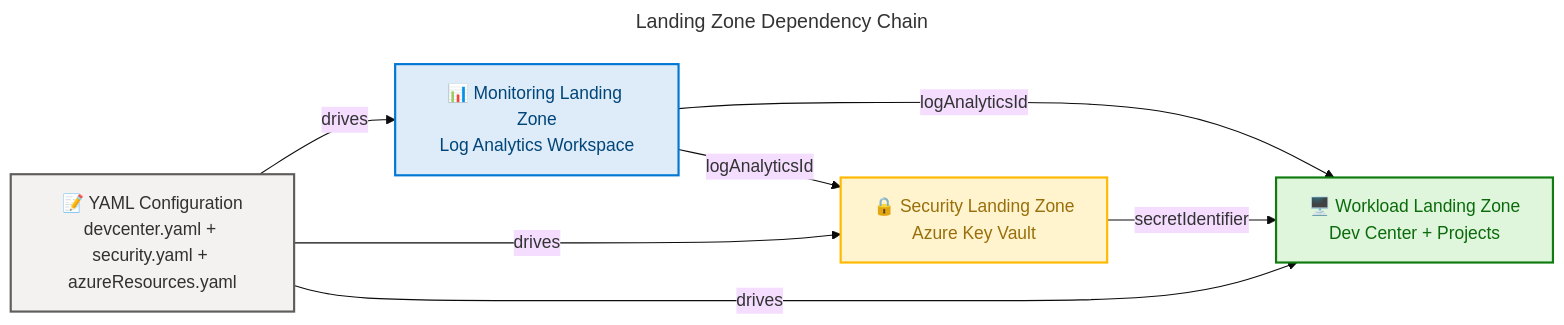
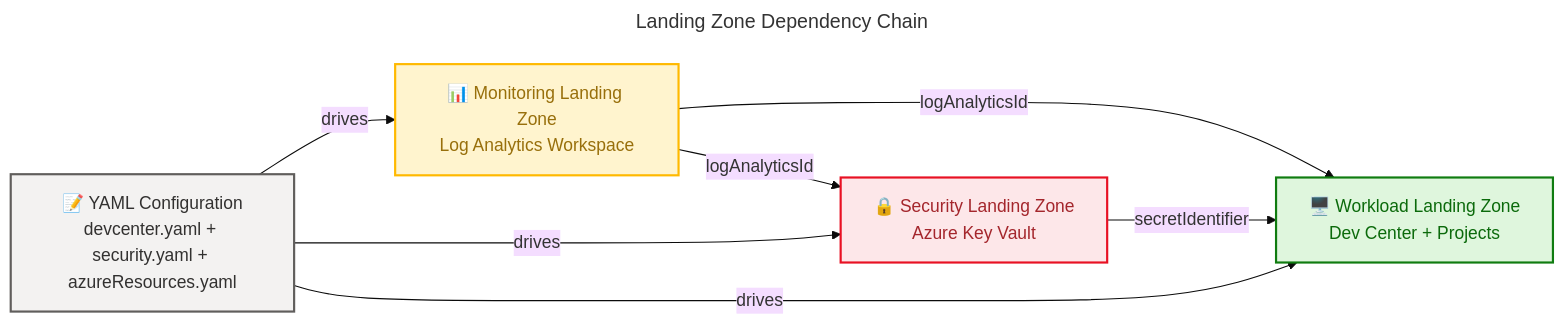
Before and after one commit to Evilazaro/DevExp-DevBox: the fourth of 4 diagrams in docs/architecture/business-architecture.md, drawn with Mermaid. The commit also changed other lines of this file and 1 other file, not shown here.

Commit message:
docs: improve formatting and clarity in README and business architecture documentation

````diff
--- a/docs/architecture/business-architecture.md
+++ b/docs/architecture/business-architecture.md
@@ -1069,43 +1067,44 @@
 ```mermaid
 ---
 title: Landing Zone Dependency Chain
 config:
   theme: base
   look: classic
   layout: dagre
   themeVariables:
     fontSize: '16px'
 ---
 flowchart LR
     accTitle: Landing Zone Deployment Dependency Chain
     accDescr: Shows the ordered deployment sequence from Monitoring through Security to Workload landing zone with data flow dependencies
 
     %% ═══════════════════════════════════════════════════════════════════════════
     %% AZURE / FLUENT ARCHITECTURE PATTERN v1.1
     %% (Semantic + Structural + Font + Accessibility Governance)
     %% ═══════════════════════════════════════════════════════════════════════════
     %% PHASE 1 - STRUCTURAL: Direction explicit, flat topology, nesting ≤ 3
     %% PHASE 2 - SEMANTIC: Colors justified, max 5 semantic classes, neutral-first
     %% PHASE 3 - FONT: Dark text on light backgrounds, contrast ≥ 4.5:1
     %% PHASE 4 - ACCESSIBILITY: accTitle/accDescr present, icons on all nodes
     %% PHASE 5 - STANDARD: Governance block present, classDefs centralized
     %% ═══════════════════════════════════════════════════════════════════════════
 
-    MON["📊 Monitoring Landing Zone<br/>Log Analytics Workspace"]:::core
-    SEC["🔒 Security Landing Zone<br/>Azure Key Vault"]:::warning
+    MON["📊 Monitoring Landing Zone<br/>Log Analytics Workspace"]:::warning
+    SEC["🔒 Security Landing Zone<br/>Azure Key Vault"]:::danger
     WRK["🖥️ Workload Landing Zone<br/>Dev Center + Projects"]:::success
 
     MON -->|"logAnalyticsId"| SEC
     MON -->|"logAnalyticsId"| WRK
     SEC -->|"secretIdentifier"| WRK
 
     YAML["📝 YAML Configuration<br/>devcenter.yaml + security.yaml + azureResources.yaml"]:::neutral
     YAML -->|"drives"| MON
     YAML -->|"drives"| SEC
     YAML -->|"drives"| WRK
 
     classDef core fill:#DEECF9,stroke:#0078D4,stroke-width:2px,color:#004578
     classDef warning fill:#FFF4CE,stroke:#FFB900,stroke-width:2px,color:#986F0B
     classDef success fill:#DFF6DD,stroke:#107C10,stroke-width:2px,color:#0B6A0B
+    classDef danger fill:#FDE7E9,stroke:#E81123,stroke-width:2px,color:#A4262C
     classDef neutral fill:#F3F2F1,stroke:#605E5C,stroke-width:2px,color:#323130
 ```
````
